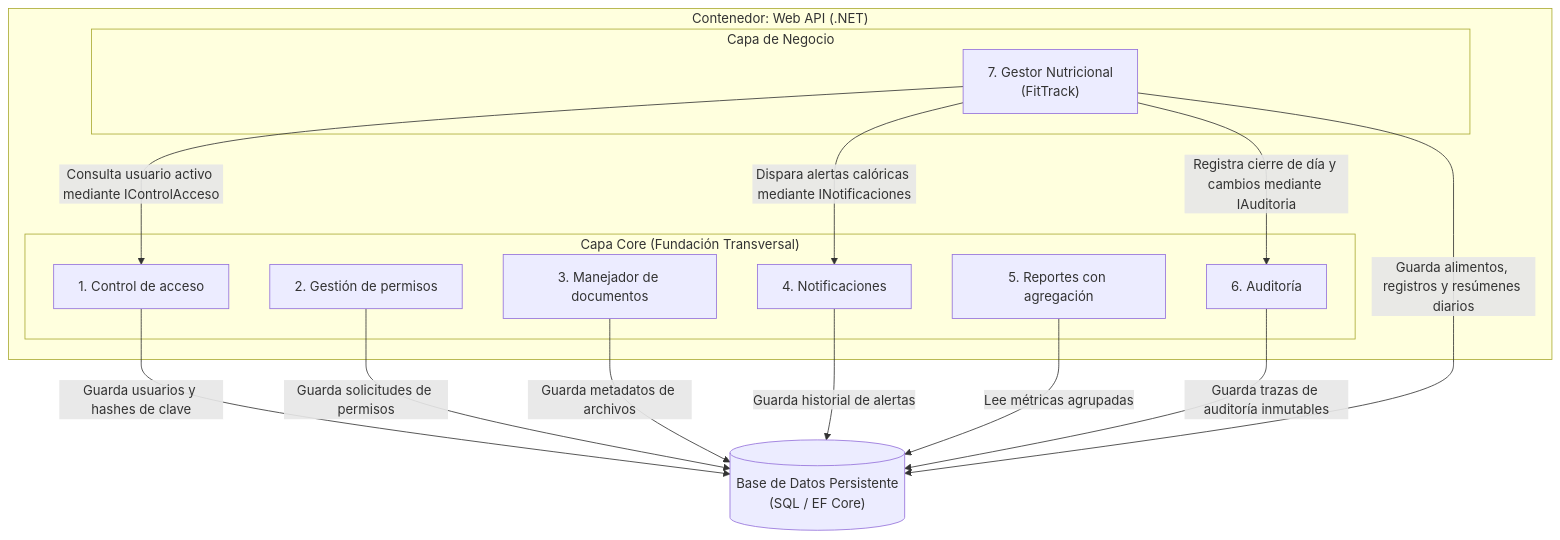
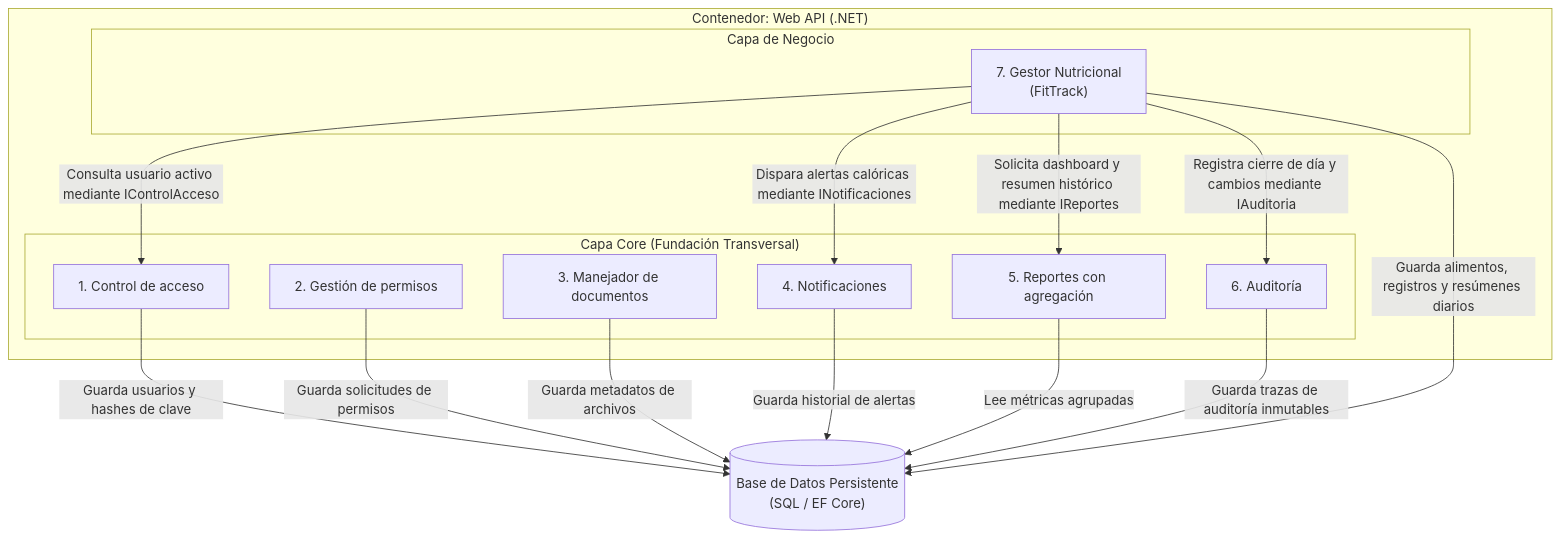
The second of 3 diagrams in README.md (carlosgabrielcastellanossuriel-lgtm/FitTrack), drawn with Mermaid before and after one commit. The commit also changed other lines of this file, not shown here.

Commit message:
Agregando el diagrama entidad-relacion

````diff
--- a/README.md
+++ b/README.md
@@ -52,35 +49,36 @@
 ```mermaid
 flowchart TB
     subgraph WebAPI ["Contenedor: Web API (.NET)"]
         
         subgraph Core ["Capa Core (Fundación Transversal)"]
             CA["1. Control de acceso"]
             GP["2. Gestión de permisos"]
             MD["3. Manejador de documentos"]
             N["4. Notificaciones"]
             RA["5. Reportes con agregación"]
             AUD["6. Auditoría"]
         end
 
         subgraph ModuloNegocio ["Capa de Negocio"]
             GN["7. Gestor Nutricional\n(FitTrack)"]
         end
 
     end
 
     DB[("Base de Datos Persistente\n(SQL / EF Core)")]
 
     %% Relaciones del Módulo hacia el Core (Dependencia en un solo sentido)
     GN -->|"Consulta usuario activo mediante IControlAcceso"| CA
     GN -->|"Dispara alertas calóricas mediante INotificaciones"| N
     GN -->|"Registra cierre de día y cambios mediante IAuditoria"| AUD
+    GN -->|"Solicita dashboard y resumen histórico mediante IReportes"| RA
 
     %% Persistencia (Base de Datos fuera del contenedor)
     CA -->|"Guarda usuarios y hashes de clave"| DB
     GP -->|"Guarda solicitudes de permisos"| DB
     MD -->|"Guarda metadatos de archivos"| DB
     N -->|"Guarda historial de alertas"| DB
     RA -->|"Lee métricas agrupadas"| DB
     AUD -->|"Guarda trazas de auditoría inmutables"| DB
     GN -->|"Guarda alimentos, registros y resúmenes diarios"| DB
 ```
````
